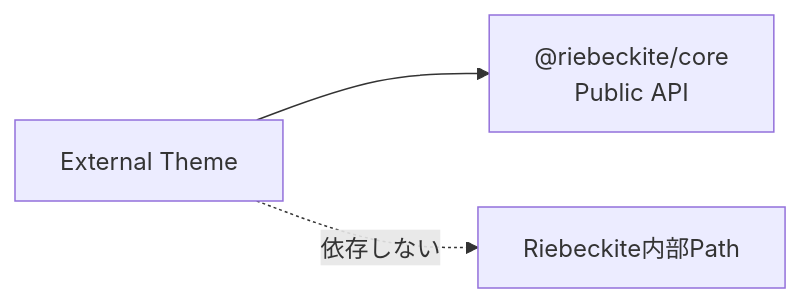
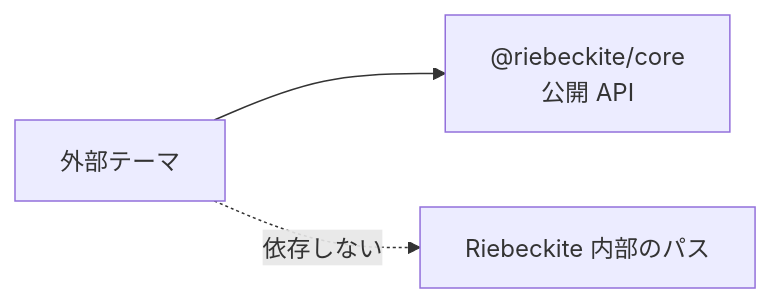
One commit to Rerurate514/riebeckite changed the fifth of 6 diagrams in docs/docs/themes/writing-a-theme.ja.md. Above: the diagram before and after it, drawn with Mermaid. The commit also changed other lines of this file and 310 other files, not shown here.

````diff
--- a/docs/docs/themes/writing-a-theme.ja.md
+++ b/docs/docs/themes/writing-a-theme.ja.md
@@ -735,9 +659,9 @@
 ```mermaid id="52m7im"
 flowchart LR
-    Theme["External Theme"]
-    Core["@riebeckite/core<br/>Public API"]
-    Internal["Riebeckite内部Path"]
+    Theme["外部テーマ"]
+    Core["@riebeckite/core<br/>公開 API"]
+    Internal["Riebeckite 内部のパス"]
 
     Theme --> Core
     Theme -.->|"依存しない"| Internal
 ```
````
